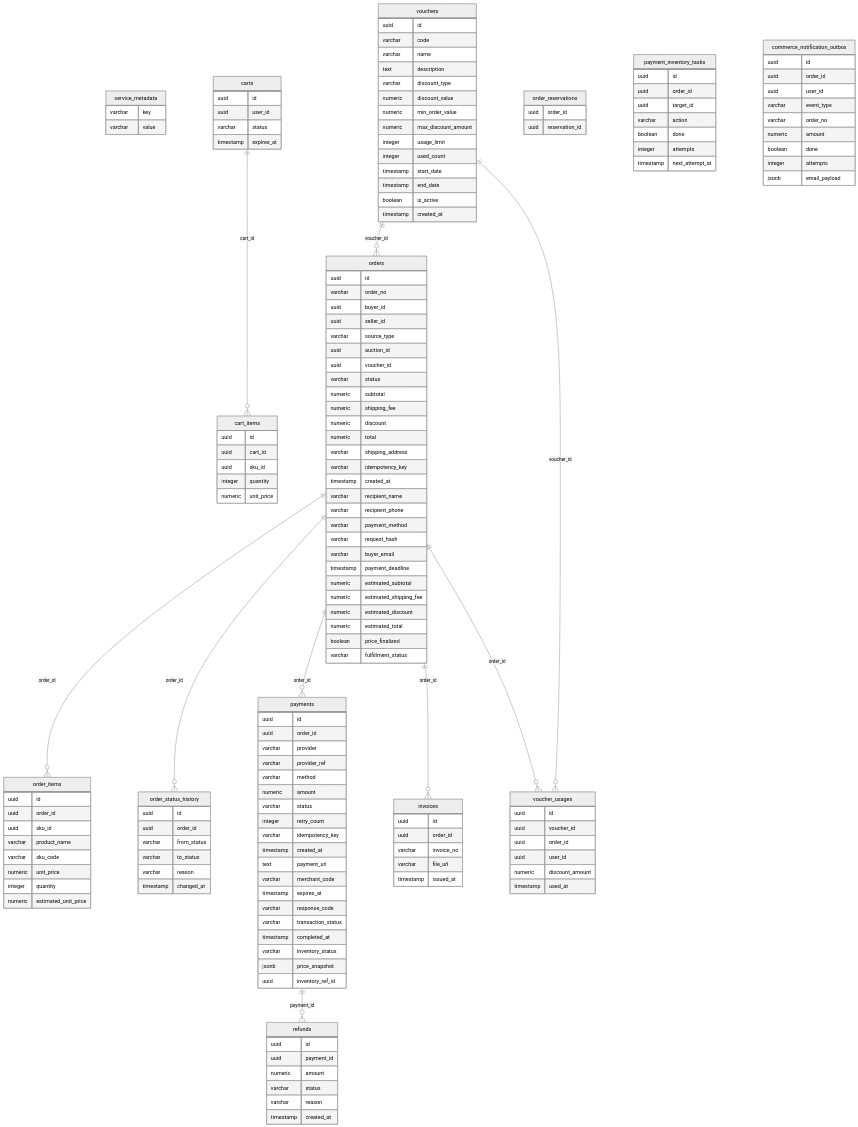
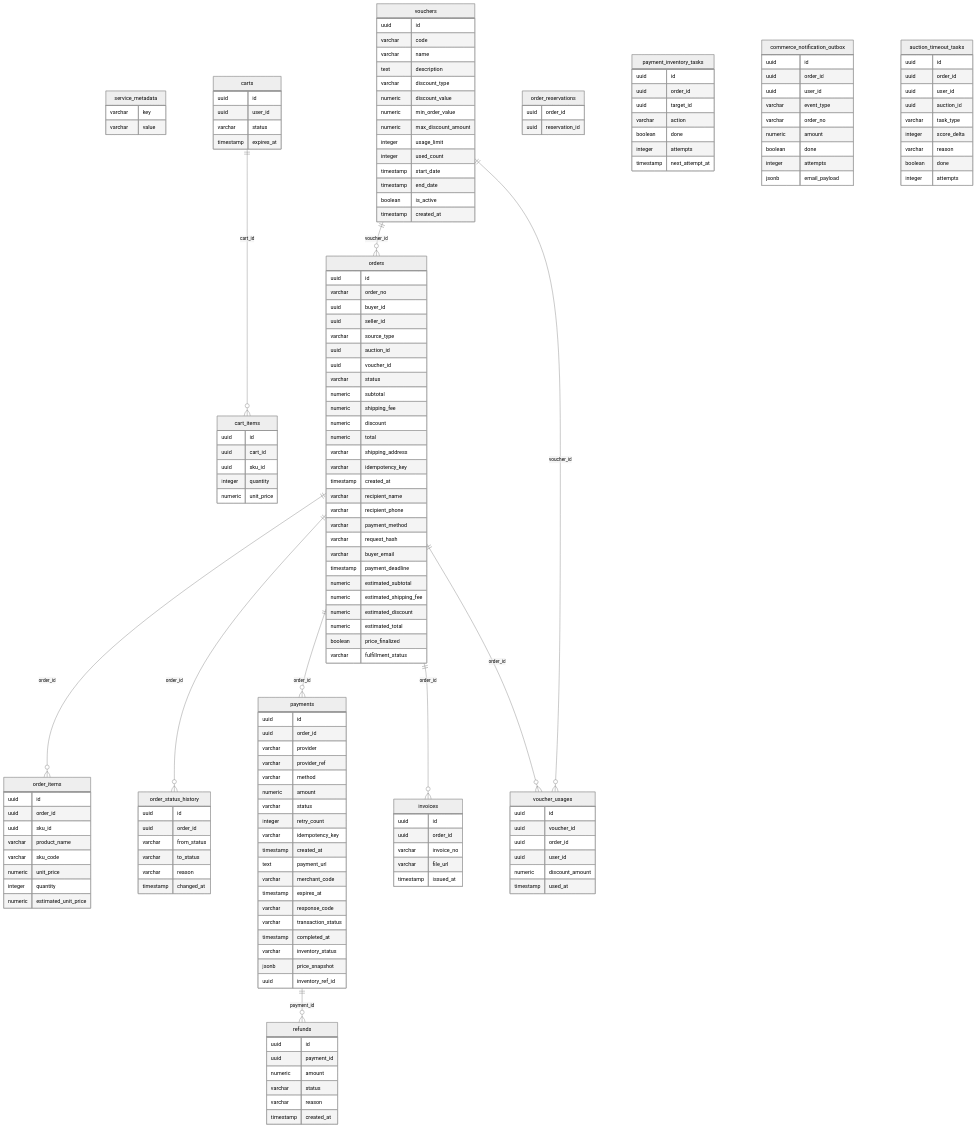
One commit to harry-leon/e-commerce-auction changed the third of 7 diagrams in docs/database/ERD.md. Above: the diagram before and after it, drawn with Mermaid (neutral theme). The commit also changed other lines of this file, not shown here.

Commit message:
docs(database): sync ERD with merged Flyway migrations

```diff
--- a/docs/database/ERD.md
+++ b/docs/database/ERD.md
@@ -268,6 +268,17 @@
     integer attempts
     jsonb email_payload
   }
+  auction_timeout_tasks {
+    uuid id
+    uuid order_id
+    uuid user_id
+    uuid auction_id
+    varchar task_type
+    integer score_delta
+    varchar reason
+    boolean done
+    integer attempts
+  }
   carts ||--o{ cart_items : cart_id
   vouchers ||--o{ orders : voucher_id
   orders ||--o{ order_items : order_id
```
